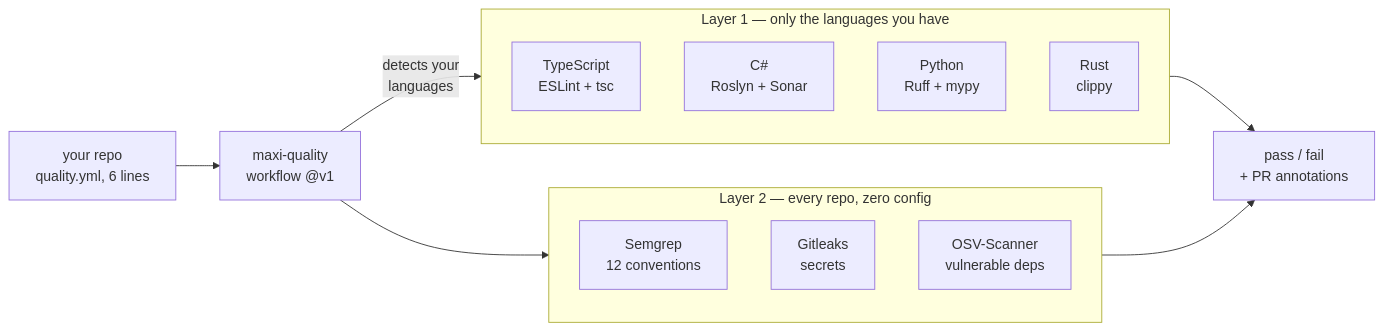
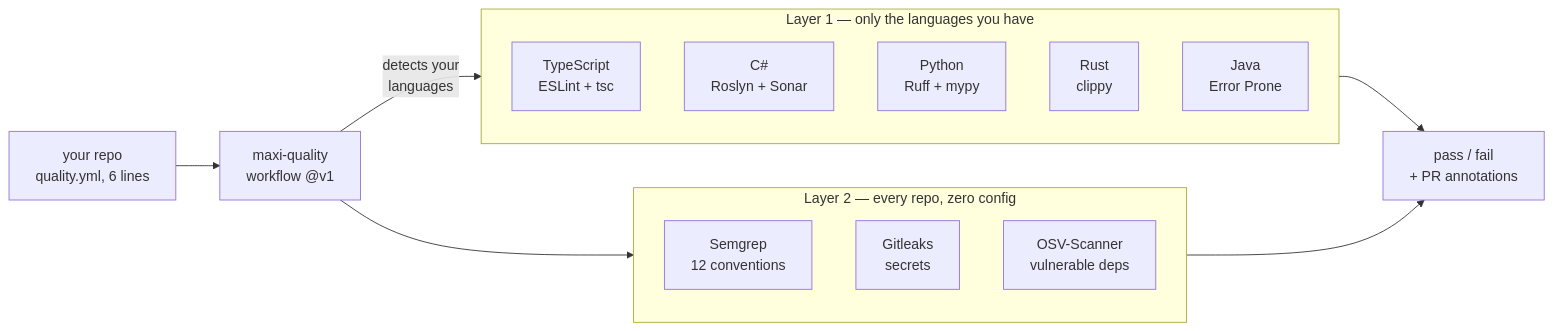
Before and after one commit to maximalcode/maxi-quality: the diagram in README.md, drawn with Mermaid. The commit also changed other lines of this file and 54 other files, not shown here.

````diff
--- a/README.md
+++ b/README.md
@@ -82,22 +82,23 @@
 ```mermaid
 flowchart LR
     A["your repo<br/>quality.yml, 6 lines"] --> B["maxi-quality<br/>workflow @v1"]
     B -->|"detects your<br/>languages"| L1
     B --> L2
 
     subgraph L1["Layer 1 — only the languages you have"]
         T1["TypeScript<br/>ESLint + tsc"]
         T2["C#<br/>Roslyn + Sonar"]
         T3["Python<br/>Ruff + mypy"]
         T4["Rust<br/>clippy"]
+        T5["Java<br/>Error Prone"]
     end
 
     subgraph L2["Layer 2 — every repo, zero config"]
         S1["Semgrep<br/>12 conventions"]
         S2["Gitleaks<br/>secrets"]
         S3["OSV-Scanner<br/>vulnerable deps"]
     end
 
     L1 --> R["pass / fail<br/>+ PR annotations"]
     L2 --> R
 ```
````
